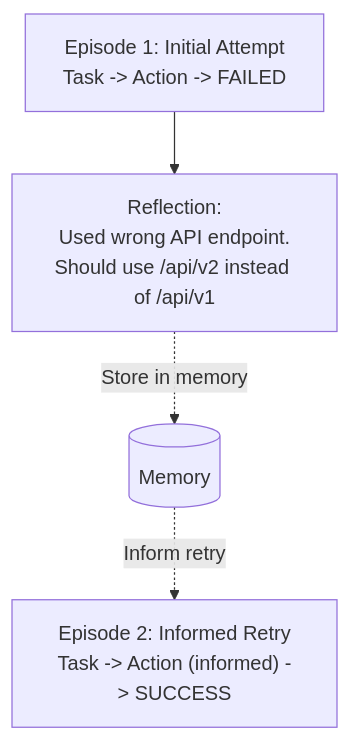
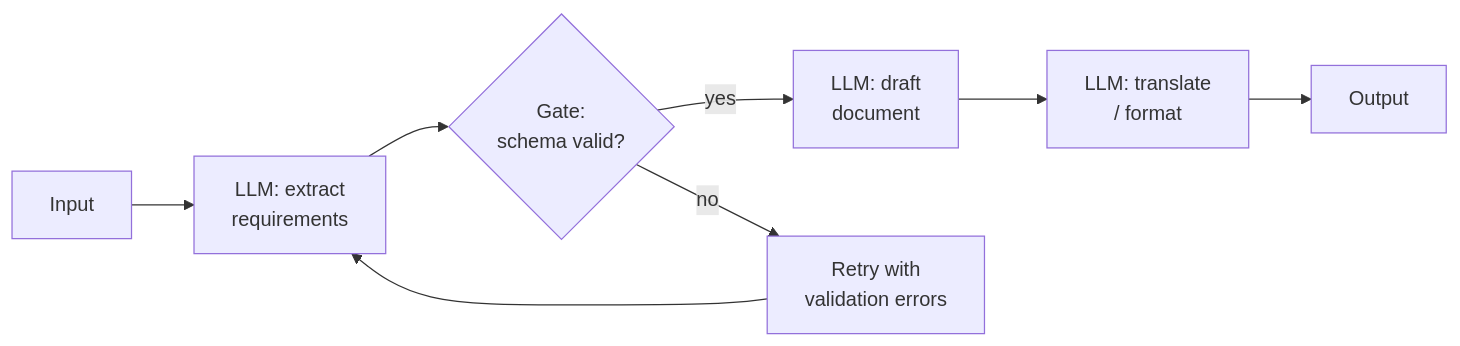
One commit to binarydevelop/system-design-patterns changed the second of 4 diagrams in 16-llm-systems/02-orchestration-patterns.md. Above: the diagram before and after it, drawn with Mermaid. The commit also changed other lines of this file and 11 other files, not shown here.

````diff
--- a/16-llm-systems/02-orchestration-patterns.md
+++ b/16-llm-systems/02-orchestration-patterns.md
@@ -594,7 +32,10 @@
 ```mermaid
-graph TD
-    E1["Episode 1: Initial Attempt<br/>Task -> Action -> FAILED"]
-    E1 --> REF["Reflection:<br/>Used wrong API endpoint.<br/>Should use /api/v2 instead of /api/v1"]
-    REF -.->|Store in memory| MEM[("Memory")]
-    MEM -.->|Inform retry| E2["Episode 2: Informed Retry<br/>Task -> Action (informed) -> SUCCESS"]
+graph LR
+    IN["Input"] --> S1["LLM: extract<br/>requirements"]
+    S1 --> G1{"Gate:<br/>schema valid?"}
+    G1 -->|yes| S2["LLM: draft<br/>document"]
+    G1 -->|no| FIX["Retry with<br/>validation errors"]
+    FIX --> S1
+    S2 --> S3["LLM: translate<br/>/ format"]
+    S3 --> OUT["Output"]
 ```
````
